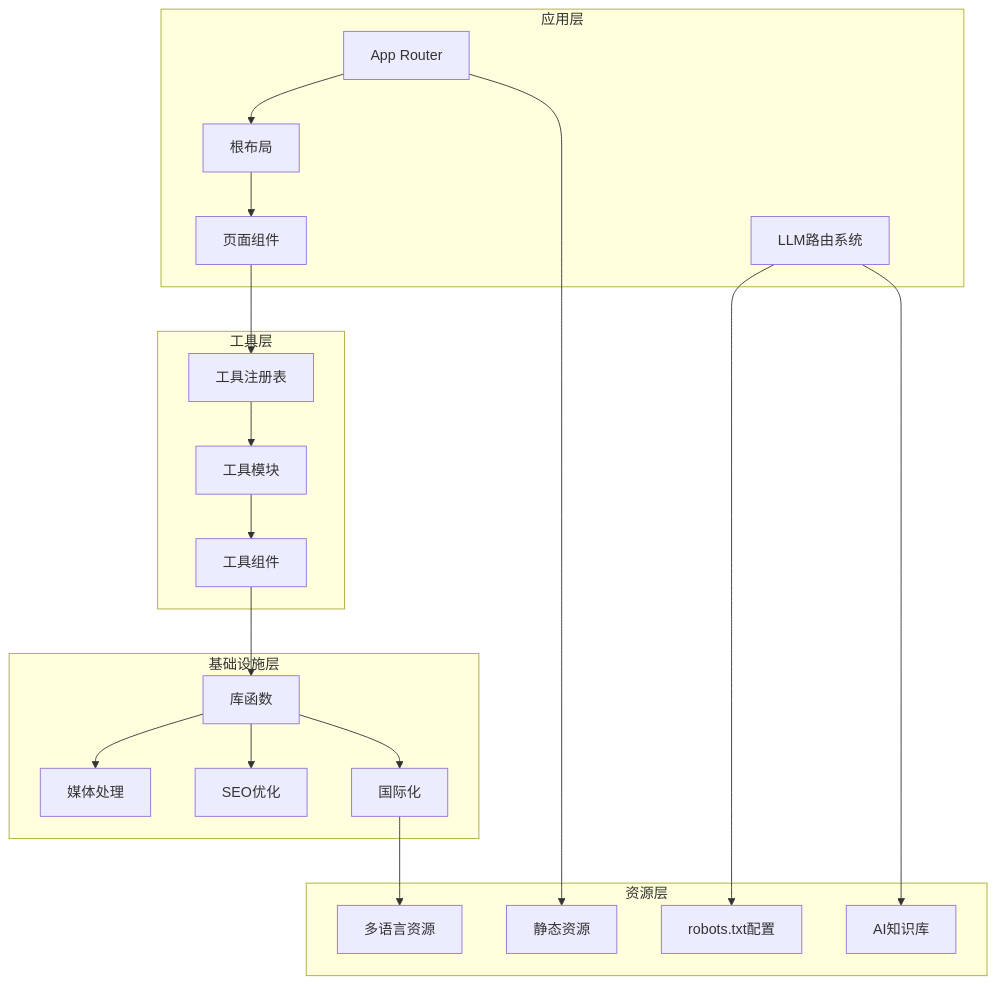
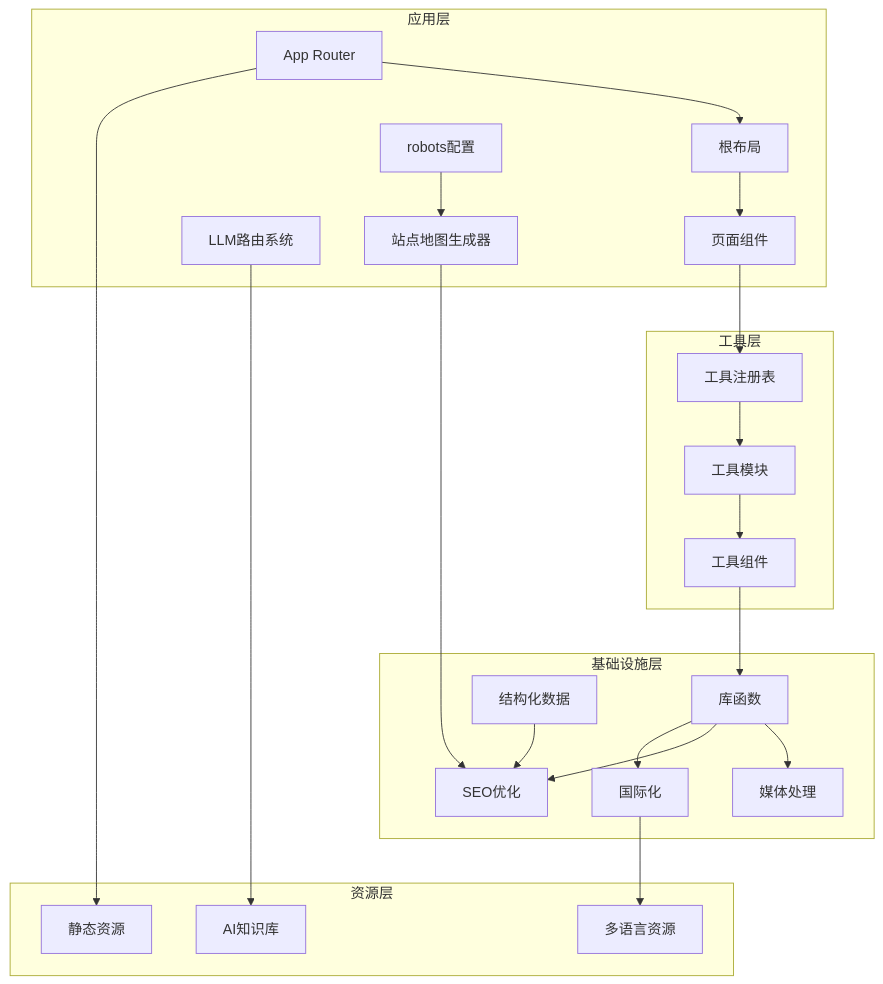
One commit to sgyy/privadeck changed the first of 14 diagrams in .qoder/repowiki/zh/content/性能优化/SEO内容交付系统.md. Above: the diagram before and after it, drawn with Mermaid. The commit also changed other lines of this file and 3 other files, not shown here.

````diff
--- a/.qoder/repowiki/zh/content/性能优化/SEO内容交付系统.md
+++ b/.qoder/repowiki/zh/content/性能优化/SEO内容交付系统.md
@@ -61,39 +66,43 @@
 ```mermaid
 graph TB
 subgraph "应用层"
 APP[App Router]
 LAYOUT[根布局]
 PAGES[页面组件]
 LLM_ROUTES[LLM路由系统]
+ROBOTS_CONFIG[robots配置]
+SITEMAP_GENERATOR[站点地图生成器]
 end
 subgraph "工具层"
 REGISTRY[工具注册表]
 TOOLS[工具模块]
 COMPONENTS[工具组件]
 end
 subgraph "基础设施层"
 LIB[库函数]
 MEDIA[媒体处理]
 SEO[SEO优化]
 I18N[国际化]
+JSONLD[结构化数据]
 end
 subgraph "资源层"
 MESSAGES[多语言资源]
 PUBLIC[静态资源]
-ROBOTS_TXT[robots.txt配置]
 AI_KNOWLEDGE_BASE[AI知识库]
 end
 APP --> LAYOUT
 LAYOUT --> PAGES
 PAGES --> REGISTRY
 REGISTRY --> TOOLS
 TOOLS --> COMPONENTS
 COMPONENTS --> LIB
 LIB --> MEDIA
 LIB --> SEO
 LIB --> I18N
 I18N --> MESSAGES
 LLM_ROUTES --> AI_KNOWLEDGE_BASE
-LLM_ROUTES --> ROBOTS_TXT
+ROBOTS_CONFIG --> SITEMAP_GENERATOR
+SITEMAP_GENERATOR --> SEO
+JSONLD --> SEO
 APP --> PUBLIC
 ```
````
